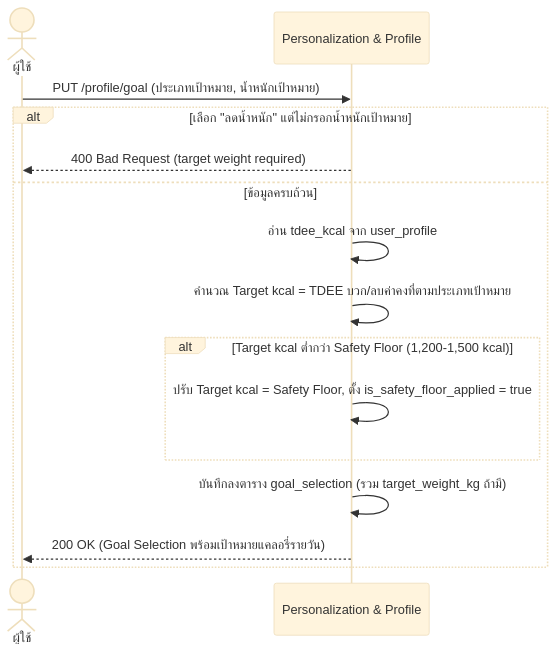
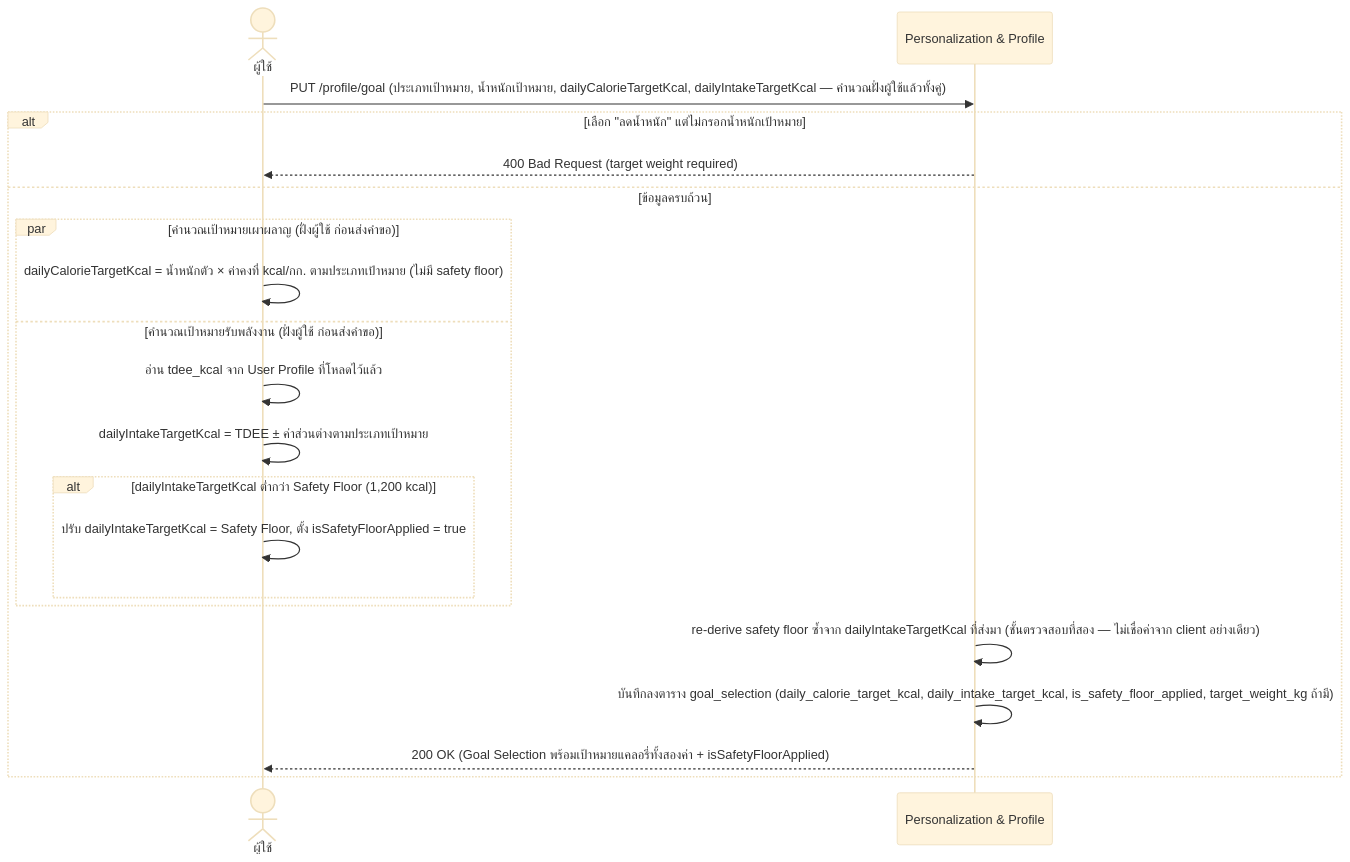
One commit to Kikofah/smartFit_daily changed the sixth of 6 diagrams in docs/02-design/02-technical/detailed-design/01-onboarding-personalization.md. Above: the diagram before and after it, drawn with Mermaid (base theme). The commit also changed other lines of this file and 16 other files, not shown here.

First line of the commit message:
feat+docs: reinstate dual calorie targets (burn + intake/safety-floor)

````diff
--- a/docs/02-design/02-technical/detailed-design/01-onboarding-personalization.md
+++ b/docs/02-design/02-technical/detailed-design/01-onboarding-personalization.md
@@ -238,17 +264,22 @@
 ```mermaid
 sequenceDiagram
     actor U as ผู้ใช้
     participant PP as Personalization & Profile
-    U->>PP: PUT /profile/goal (ประเภทเป้าหมาย, น้ำหนักเป้าหมาย)
+    U->>PP: PUT /profile/goal (ประเภทเป้าหมาย, น้ำหนักเป้าหมาย, dailyCalorieTargetKcal, dailyIntakeTargetKcal — คำนวณฝั่งผู้ใช้แล้วทั้งคู่)
     alt เลือก "ลดน้ำหนัก" แต่ไม่กรอกน้ำหนักเป้าหมาย
         PP-->>U: 400 Bad Request (target weight required)
     else ข้อมูลครบถ้วน
-        PP->>PP: อ่าน tdee_kcal จาก user_profile
-        PP->>PP: คำนวณ Target kcal = TDEE บวก/ลบค่าคงที่ตามประเภทเป้าหมาย
-        alt Target kcal ต่ำกว่า Safety Floor (1,200-1,500 kcal)
-            PP->>PP: ปรับ Target kcal = Safety Floor, ตั้ง is_safety_floor_applied = true
+        par คำนวณเป้าหมายเผาผลาญ (ฝั่งผู้ใช้ ก่อนส่งคำขอ)
+            U->>U: dailyCalorieTargetKcal = น้ำหนักตัว × ค่าคงที่ kcal/กก. ตามประเภทเป้าหมาย (ไม่มี safety floor)
+        and คำนวณเป้าหมายรับพลังงาน (ฝั่งผู้ใช้ ก่อนส่งคำขอ)
+            U->>U: อ่าน tdee_kcal จาก User Profile ที่โหลดไว้แล้ว
+            U->>U: dailyIntakeTargetKcal = TDEE ± ค่าส่วนต่างตามประเภทเป้าหมาย
+            alt dailyIntakeTargetKcal ต่ำกว่า Safety Floor (1,200 kcal)
+                U->>U: ปรับ dailyIntakeTargetKcal = Safety Floor, ตั้ง isSafetyFloorApplied = true
+            end
         end
-        PP->>PP: บันทึกลงตาราง goal_selection (รวม target_weight_kg ถ้ามี)
-        PP-->>U: 200 OK (Goal Selection พร้อมเป้าหมายแคลอรี่รายวัน)
+        PP->>PP: re-derive safety floor ซ้ำจาก dailyIntakeTargetKcal ที่ส่งมา (ชั้นตรวจสอบที่สอง — ไม่เชื่อค่าจาก client อย่างเดียว)
+        PP->>PP: บันทึกลงตาราง goal_selection (daily_calorie_target_kcal, daily_intake_target_kcal, is_safety_floor_applied, target_weight_kg ถ้ามี)
+        PP-->>U: 200 OK (Goal Selection พร้อมเป้าหมายแคลอรี่ทั้งสองค่า + isSafetyFloorApplied)
     end
 ```
````
